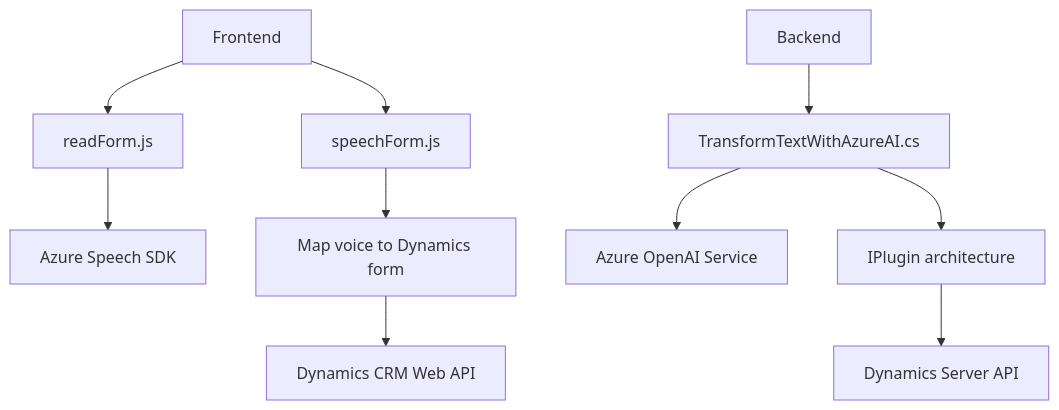
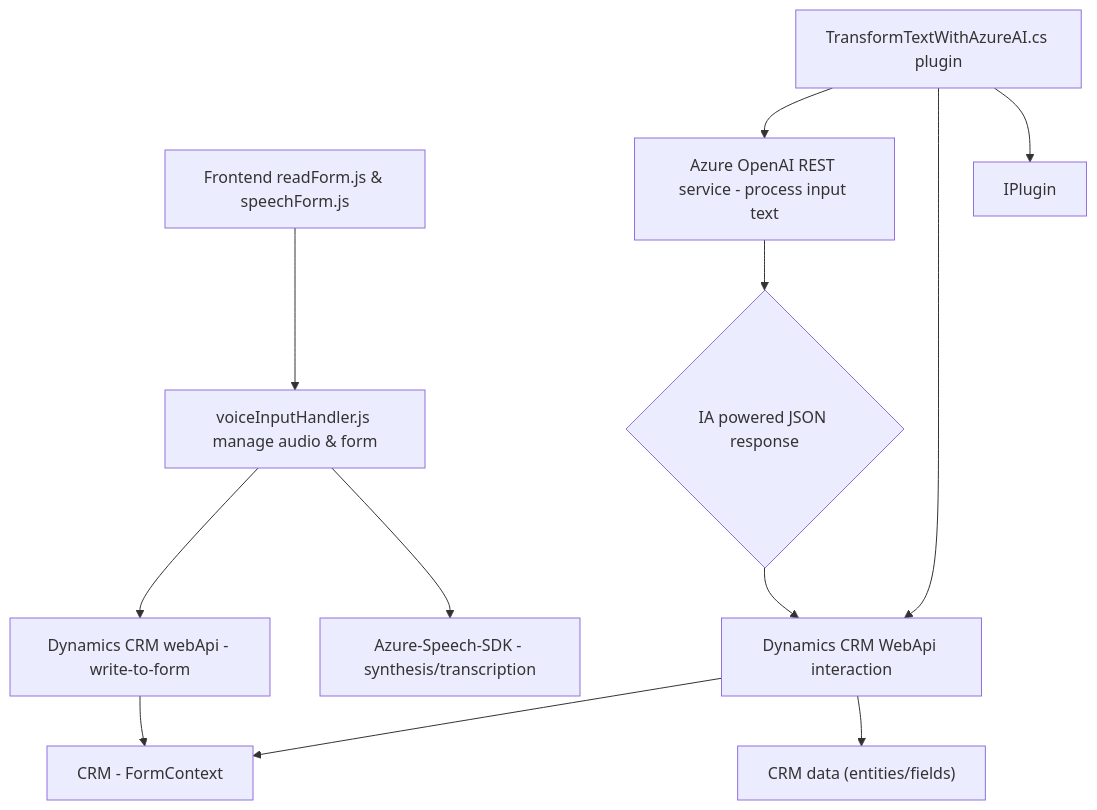
Before and after one commit to blopezdm/NETCORE_BILBAO2025: the diagram in README.md, drawn with Mermaid. The commit also changed other lines of this file, not shown here.

````diff
--- a/README.md
+++ b/README.md
@@ -51,13 +55,14 @@
 ```mermaid
 graph TD
-  Frontend --> JSreadForm["readForm.js"]
-  Frontend --> JSspeechForm["speechForm.js"]
-  JSreadForm --> SynthesizeVoice["Azure Speech SDK"]
-  JSspeechForm --> VoiceToForm["Map voice to Dynamics form"]
-  VoiceToForm --> CRMApi["Dynamics CRM Web API"]
-  
-  Backend --> PluginCSharp["TransformTextWithAzureAI.cs"]
-  PluginCSharp --> OpenAIService["Azure OpenAI Service"]
-  PluginCSharp --> Process-Plugin["IPlugin architecture"]
-  Process-Plugin --> CRM-ServerAPI["Dynamics Server API"]
+    A["Frontend readForm.js & speechForm.js"] --> B["voiceInputHandler.js manage audio & form"]
+    B --> C["Azure-Speech-SDK - synthesis/transcription"]
+    B --> D["Dynamics CRM webApi - write-to-form"]
+    D --> E["CRM - FormContext"]
+    F["TransformTextWithAzureAI.cs plugin"] --> G["IPlugin"]
+    F --> H["Dynamics CRM WebApi interaction"]
+    H --> I["CRM data (entities/fields)"]
+    F --> J["Azure OpenAI REST service - process input text"]
+    J --> K{"IA powered JSON response"}
+    K --> H
+    H --> E
 ```
````
